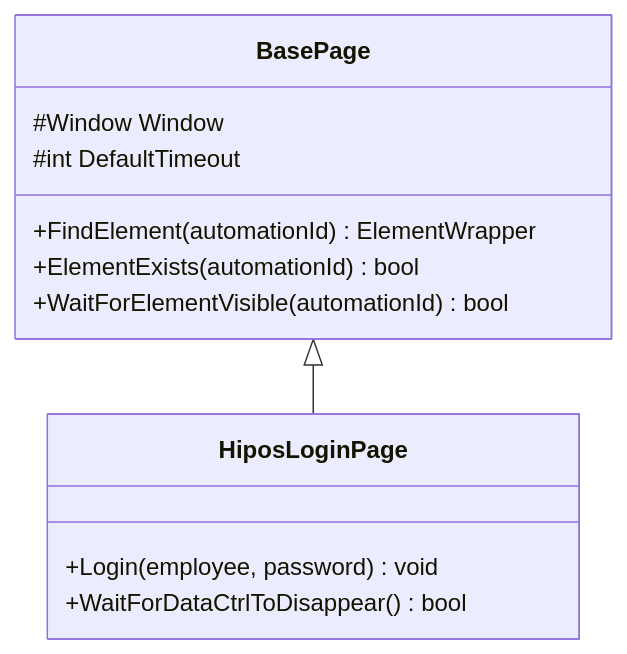
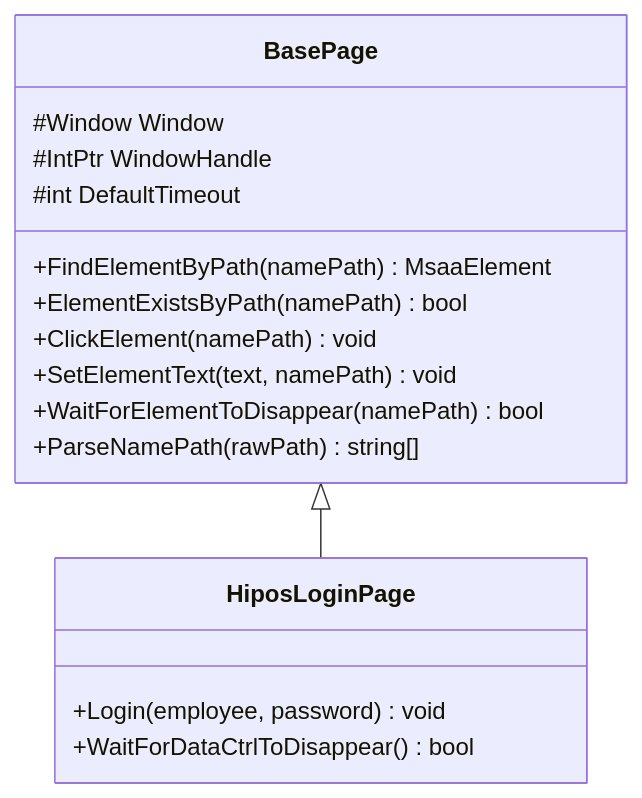
The second of 6 diagrams in website/docs/architecture.md (Akradeveloper/Hipos), drawn with Mermaid before and after one commit. The commit also changed other lines of this file and 9 other files, not shown here.

First line of the commit message:
Refactor element handling in tests to utilize MSAA and remove ElementWrapper

````diff
--- a/website/docs/architecture.md
+++ b/website/docs/architecture.md
@@ -105,17 +102,21 @@
 ```mermaid
 classDiagram
     class BasePage {
         #Window Window
+        #IntPtr WindowHandle
         #int DefaultTimeout
-        +FindElement(automationId) ElementWrapper
-        +ElementExists(automationId) bool
-        +WaitForElementVisible(automationId) bool
+        +FindElementByPath(namePath) MsaaElement
+        +ElementExistsByPath(namePath) bool
+        +ClickElement(namePath) void
+        +SetElementText(text, namePath) void
+        +WaitForElementToDisappear(namePath) bool
+        +ParseNamePath(rawPath) string[]
     }
     
     class HiposLoginPage {
         +Login(employee, password) void
         +WaitForDataCtrlToDisappear() bool
     }
     
     BasePage <|-- HiposLoginPage
 ```
````
